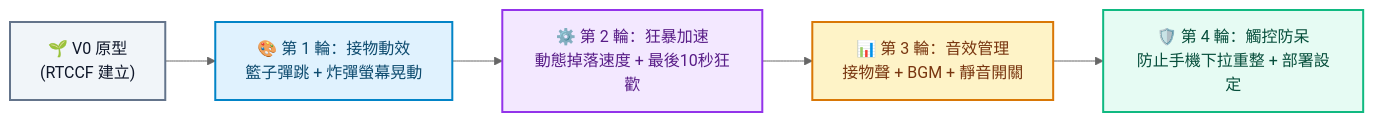
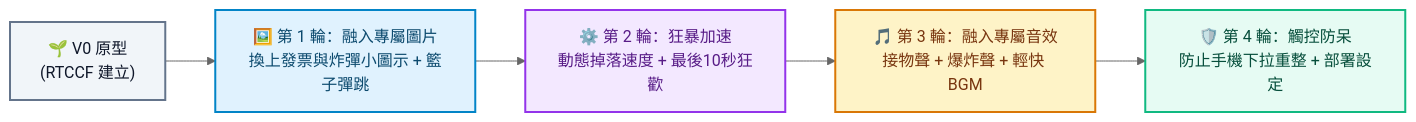
The diagram in AIFirst實作課程/建立小遊戲/發票接物挑戰/README.md (roberthsu2003/vibe_coding), drawn with Mermaid (neutral theme) before and after one commit. The commit also changed other lines of this file and 67 other files, not shown here.

````diff
--- a/AIFirst實作課程/建立小遊戲/發票接物挑戰/README.md
+++ b/AIFirst實作課程/建立小遊戲/發票接物挑戰/README.md
@@ -93,14 +95,14 @@
 ```mermaid
 flowchart LR
     V0["🌱 V0 原型<br/>(RTCCF 建立)"] 
-    --> V1["🎨 第 1 輪：接物動效<br/>籃子彈跳 + 炸彈螢幕晃動"]
+    --> V1["🖼️ 第 1 輪：融入專屬圖片<br/>換上發票與炸彈小圖示 + 籃子彈跳"]
     --> V2["⚙️ 第 2 輪：狂暴加速<br/>動態掉落速度 + 最後10秒狂歡"]
-    --> V3["📊 第 3 輪：音效管理<br/>接物聲 + BGM + 靜音開關"]
+    --> V3["🎵 第 3 輪：融入專屬音效<br/>接物聲 + 爆炸聲 + 輕快 BGM"]
     --> V4["🛡️ 第 4 輪：觸控防呆<br/>防止手機下拉重整 + 部署設定"]
 
     style V0 fill:#f1f5f9,stroke:#64748b,stroke-width:2px,color:#0f172a
     style V1 fill:#e0f2fe,stroke:#0284c7,stroke-width:2px,color:#0c4a6e
     style V2 fill:#f3e8ff,stroke:#9333ea,stroke-width:2px,color:#581c87
     style V3 fill:#fef3c7,stroke:#d97706,stroke-width:2px,color:#78350f
     style V4 fill:#e6fbf3,stroke:#10b981,stroke-width:2px,color:#064e3b
 ```
````
